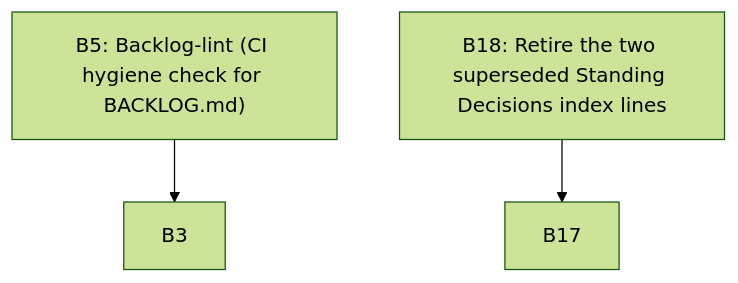
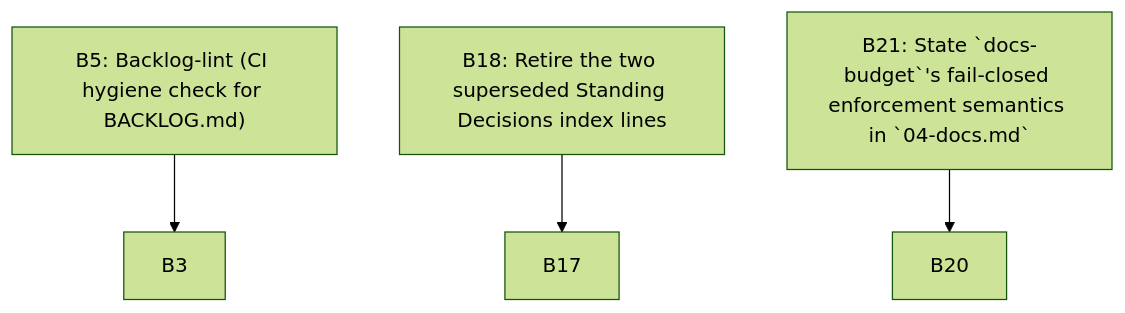
Before and after one commit to CAMELS-Research-Group/lab-os: the diagram in docs/backlog-views.md, drawn with Mermaid (forest theme). The commit also changed other lines of this file, not shown here.

Commit message:
chore(backlog): regenerate the views dashboard for B21

````diff
--- a/docs/backlog-views.md
+++ b/docs/backlog-views.md
@@ -61,5 +62,6 @@
 ```mermaid
 graph TD
   B5["B5: Backlog-lint (CI hygiene check for BACKLOG.md)"] --> B3
   B18["B18: Retire the two superseded Standing Decisions index lines"] --> B17
+  B21["B21: State `docs-budget`'s fail-closed enforcement semantics in `04-docs.md`"] --> B20
 ```
````
